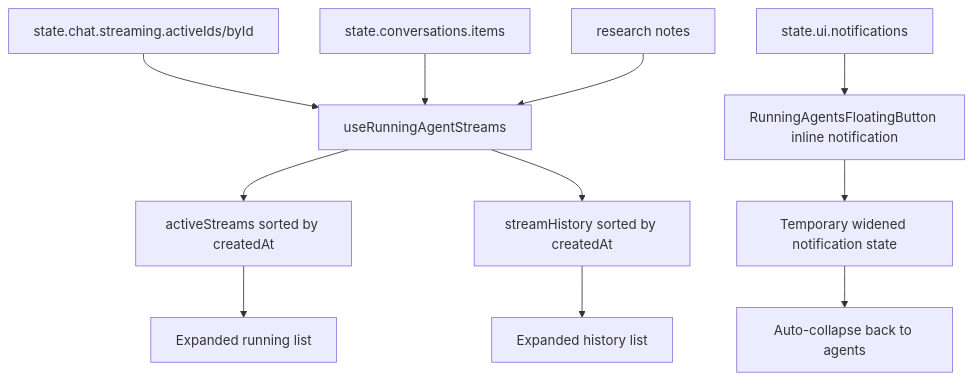
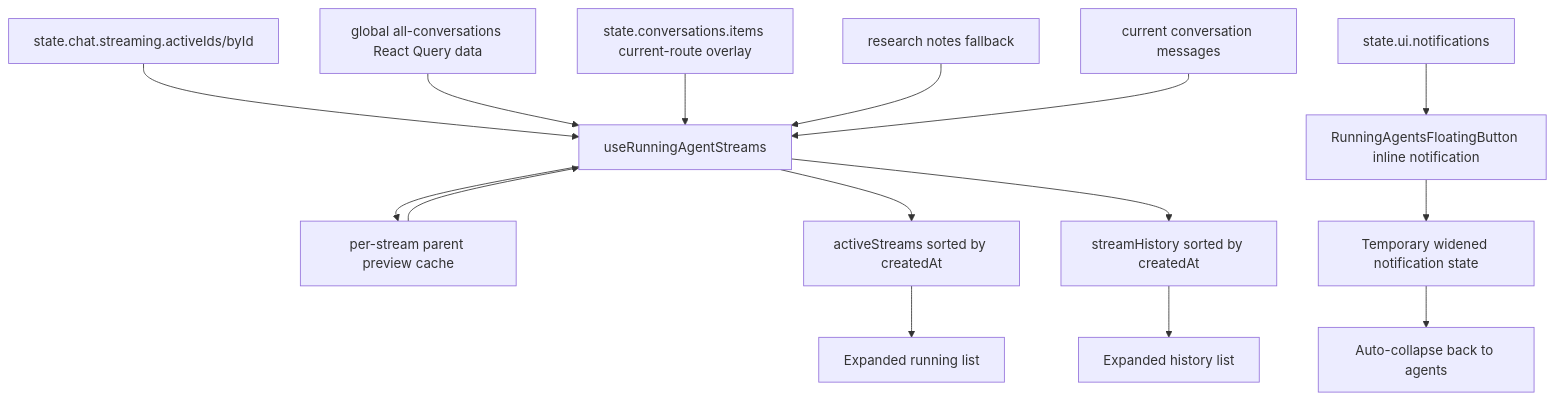
Before and after one commit to TheRakeshPurohit/yggchat: the diagram in ygg-chat/docs/agent_context/agent_floating_agent_button_design.md, drawn with Mermaid. The commit also changed 23 other files, not shown here.

````diff
--- a/ygg-chat/docs/agent_context/agent_floating_agent_button_design.md
+++ b/ygg-chat/docs/agent_context/agent_floating_agent_button_design.md
@@ -128,13 +128,17 @@
 ```mermaid
 flowchart TD
   A[state.chat.streaming.activeIds/byId] --> B[useRunningAgentStreams]
-  C[state.conversations.items] --> B
-  D[research notes] --> B
+  C[global all-conversations React Query data] --> B
+  D[state.conversations.items current-route overlay] --> B
+  N[research notes fallback] --> B
+  M[current conversation messages] --> B
+  P[per-stream parent preview cache] --> B
+  B --> P
   B --> E[activeStreams sorted by createdAt]
   B --> F[streamHistory sorted by createdAt]
   G[state.ui.notifications] --> H[RunningAgentsFloatingButton inline notification]
   E --> I[Expanded running list]
   F --> J[Expanded history list]
   H --> K[Temporary widened notification state]
   K --> L[Auto-collapse back to agents]
 ```
````
